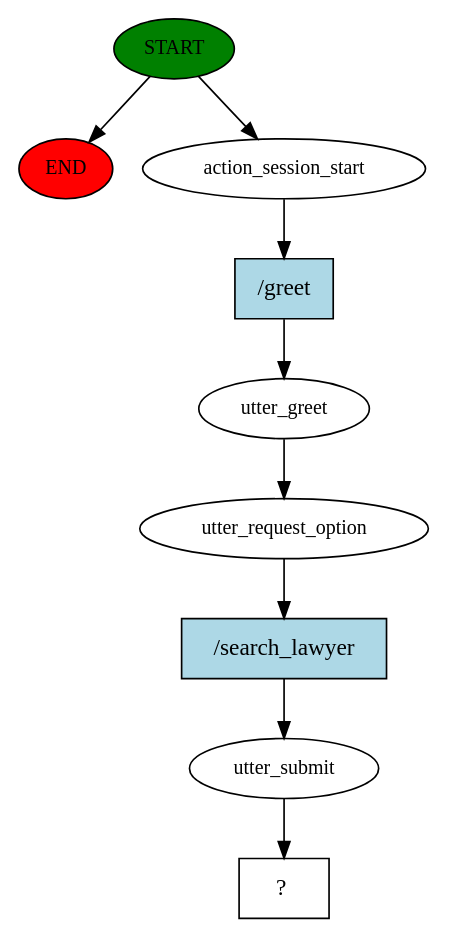
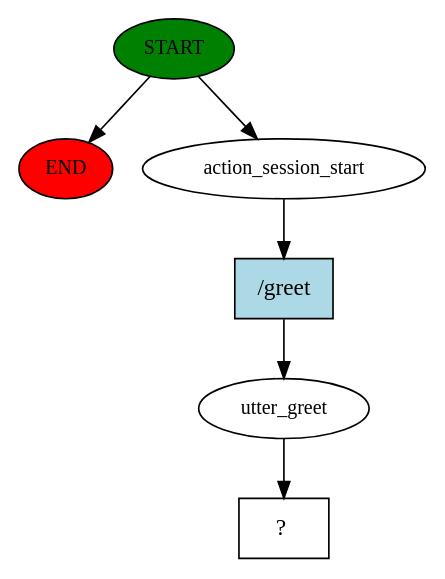
The diagram in story_graph.dot (esha123802/lawyer-chatbot-fyp), drawn with Graphviz before and after one commit. The commit also changed 2 other files, not shown here.

Commit message:
added area of practice for lawyer

```diff
--- a/story_graph.dot
+++ b/story_graph.dot
@@ -1,19 +1,13 @@
 digraph  {
 0 [class="start active", fillcolor=green, fontsize=12, label=START, style=filled];
 "-1" [class=end, fillcolor=red, fontsize=12, label=END, style=filled];
 1 [class=active, fontsize=12, label=action_session_start];
 2 [class=active, fontsize=12, label=utter_greet];
-3 [class=active, fontsize=12, label=utter_request_option];
-4 [class=active, fontsize=12, label=utter_submit];
-5 [class="intent dashed active", label="  ?  ", shape=rect];
-6 [class="intent active", fillcolor=lightblue, label="/greet", shape=rect, style=filled];
-7 [class="intent active", fillcolor=lightblue, label="/search_lawyer", shape=rect, style=filled];
+3 [class="intent dashed active", label="  ?  ", shape=rect];
+4 [class="intent active", fillcolor=lightblue, label="/greet", shape=rect, style=filled];
 0 -> "-1"  [class="", key=NONE, label=""];
 0 -> 1  [class=active, key=NONE, label=""];
-1 -> 6  [class=active, key=0];
+1 -> 4  [class=active, key=0];
 2 -> 3  [class=active, key=NONE, label=""];
-3 -> 7  [class=active, key=0];
-4 -> 5  [class=active, key=NONE, label=""];
-6 -> 2  [class=active, key=0];
-7 -> 4  [class=active, key=0];
+4 -> 2  [class=active, key=0];
 }
```
